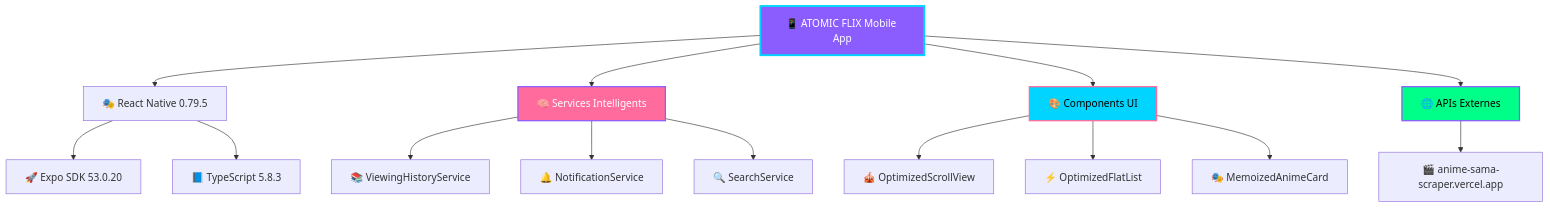
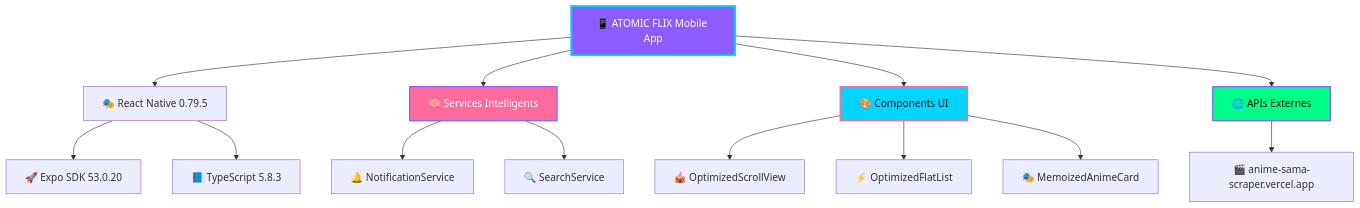
The diagram in README.md (Atomic-tech-Shadow/Atomic-flix-mobile), drawn with Mermaid before and after one commit. The commit also changed other lines of this file and 5 other files, not shown here.

````diff
--- a/README.md
+++ b/README.md
@@ -94,24 +94,23 @@
 ```mermaid
 graph TB
     A[📱 ATOMIC FLIX Mobile App] --> B[🎭 React Native 0.79.5]
     B --> C[🚀 Expo SDK 53.0.20]
     B --> D[📘 TypeScript 5.8.3]
     
     A --> E[🧠 Services Intelligents]
-    E --> F[📚 ViewingHistoryService]
     E --> G[🔔 NotificationService]
     E --> H[🔍 SearchService]
     
     A --> J[🎨 Components UI]
     J --> K[🎪 OptimizedScrollView]
     J --> L[⚡ OptimizedFlatList]
     J --> M[🎭 MemoizedAnimeCard]
     
     A --> N[🌐 APIs Externes]
     N --> O[🎬 anime-sama-scraper.vercel.app]
     
     style A fill:#8B5DFF,stroke:#00D4FF,stroke-width:3px,color:#fff
     style E fill:#FF6B9D,stroke:#8B5DFF,stroke-width:2px,color:#fff
     style J fill:#00D4FF,stroke:#FF6B9D,stroke-width:2px,color:#000
     style N fill:#00FF88,stroke:#8B5DFF,stroke-width:2px,color:#000
 ```
````
